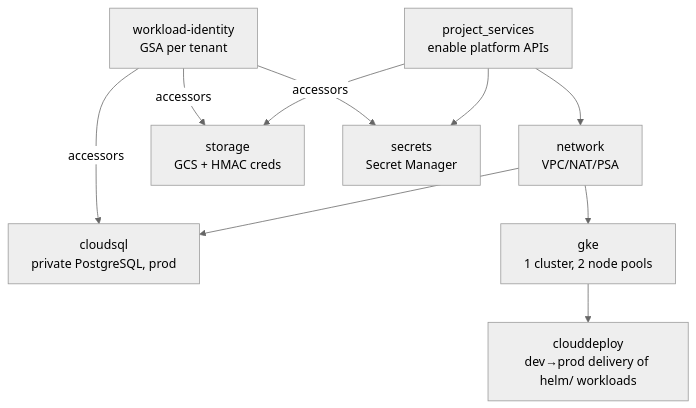
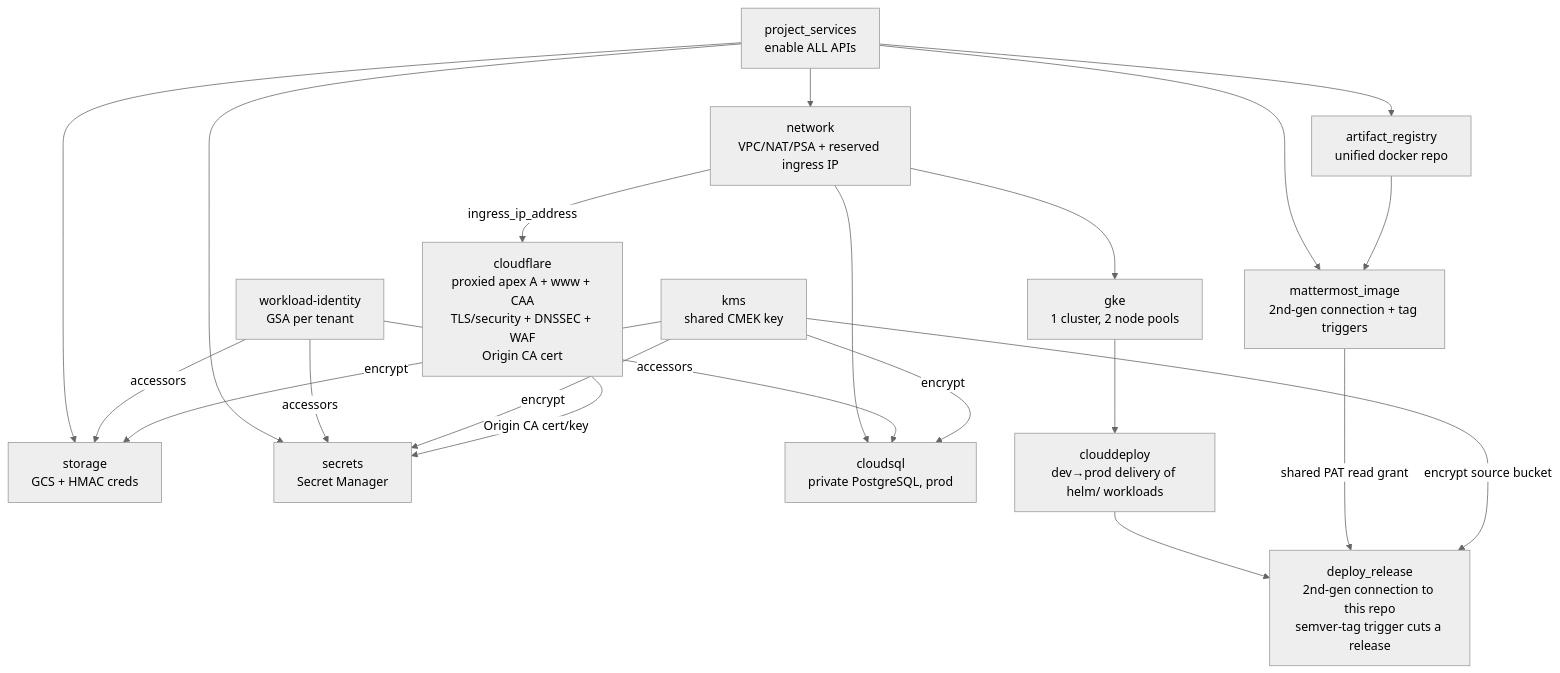
One commit to pilprod/yourown-chat changed the diagram in README.md. Above: the diagram before and after it, drawn with Mermaid (neutral theme). The commit also changed other lines of this file and 86 other files, not shown here.

````diff
--- a/README.md
+++ b/README.md
@@ -106,13 +121,24 @@
 ```mermaid
 graph TD
-  PS[project_services<br/>enable platform APIs] --> NET[network<br/>VPC/NAT/PSA]
+  PS[project_services<br/>enable ALL APIs] --> NET[network<br/>VPC/NAT/PSA + reserved ingress IP]
   PS --> STO[storage<br/>GCS + HMAC creds]
   PS --> SEC[secrets<br/>Secret Manager]
+  PS --> AR[artifact_registry<br/>unified docker repo]
+  PS --> IMG[mattermost_image<br/>2nd-gen connection + tag triggers]
+  AR --> IMG
   NET --> SQL[cloudsql<br/>private PostgreSQL, prod]
   NET --> GKE[gke<br/>1 cluster, 2 node pools]
+  NET -->|ingress_ip_address| CF[cloudflare<br/>proxied apex A + www + CAA<br/>TLS/security + DNSSEC + WAF<br/>Origin CA cert]
   WI[workload-identity<br/>GSA per tenant]
   WI -->|accessors| SQL
   WI -->|accessors| STO
   WI -->|accessors| SEC
+  KMS[kms<br/>shared CMEK key] -->|encrypt| SQL
+  KMS -->|encrypt| STO
+  KMS -->|encrypt| SEC
   GKE --> CD[clouddeploy<br/>dev→prod delivery of helm/ workloads]
+  CF -->|Origin CA cert/key| SEC
+  CD --> DR[deploy_release<br/>2nd-gen connection to this repo<br/>semver-tag trigger cuts a release]
+  IMG -->|shared PAT read grant| DR
+  KMS -->|encrypt source bucket| DR
 ```
````
